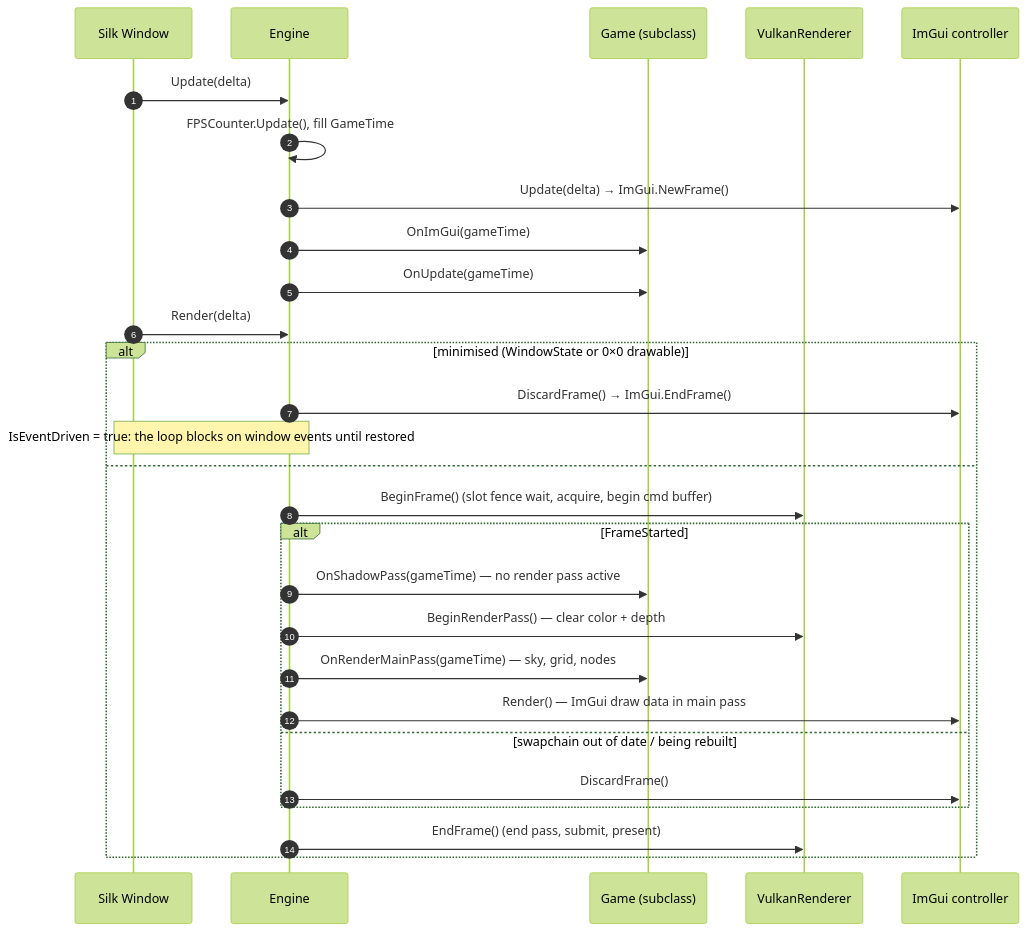
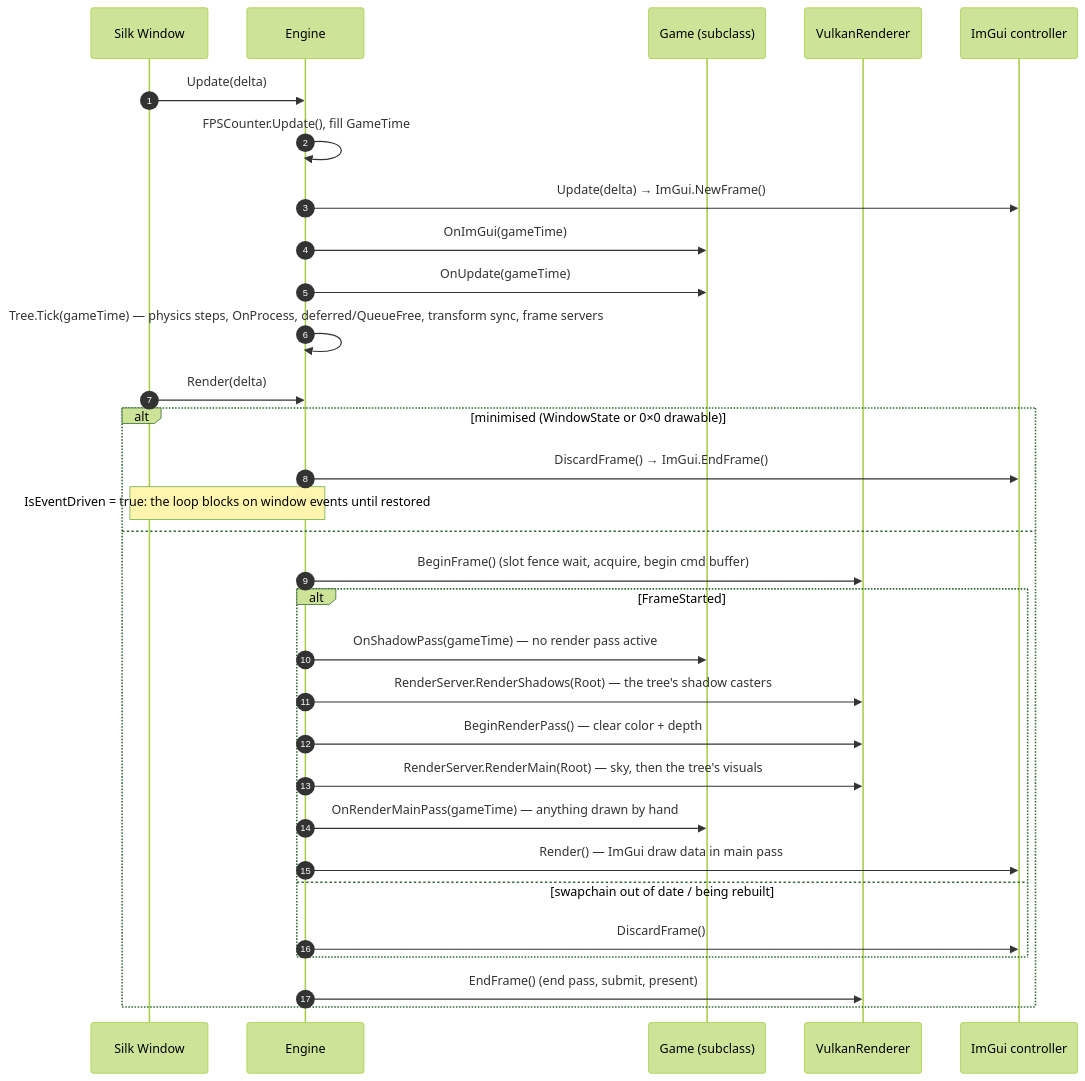
Before and after one commit to Mainframe-Games/mainframe-engine: the diagram in docs/design/engine-lifecycle.md, drawn with Mermaid (forest theme). The commit also changed other lines of this file and 30 other files, not shown here.

````diff
--- a/docs/design/engine-lifecycle.md
+++ b/docs/design/engine-lifecycle.md
@@ -71,32 +84,35 @@
 ```mermaid
 sequenceDiagram
     autonumber
     participant W as Silk Window
     participant E as Engine
     participant G as Game (subclass)
     participant R as VulkanRenderer
     participant I as ImGui controller
 
     W->>E: Update(delta)
     E->>E: FPSCounter.Update(), fill GameTime
     E->>I: Update(delta) → ImGui.NewFrame()
     E->>G: OnImGui(gameTime)
     E->>G: OnUpdate(gameTime)
+    E->>E: Tree.Tick(gameTime) — physics steps, OnProcess, deferred/QueueFree, transform sync, frame servers
 
     W->>E: Render(delta)
     alt minimised (WindowState or 0×0 drawable)
         E->>I: DiscardFrame() → ImGui.EndFrame()
         Note over E,W: IsEventDriven = true: the loop blocks on window events until restored
     else
         E->>R: BeginFrame() (slot fence wait, acquire, begin cmd buffer)
         alt FrameStarted
             E->>G: OnShadowPass(gameTime) — no render pass active
+            E->>R: RenderServer.RenderShadows(Root) — the tree's shadow casters
             E->>R: BeginRenderPass() — clear color + depth
-            E->>G: OnRenderMainPass(gameTime) — sky, grid, nodes
+            E->>R: RenderServer.RenderMain(Root) — sky, then the tree's visuals
+            E->>G: OnRenderMainPass(gameTime) — anything drawn by hand
             E->>I: Render() — ImGui draw data in main pass
         else swapchain out of date / being rebuilt
             E->>I: DiscardFrame()
         end
         E->>R: EndFrame() (end pass, submit, present)
     end
 ```
````
